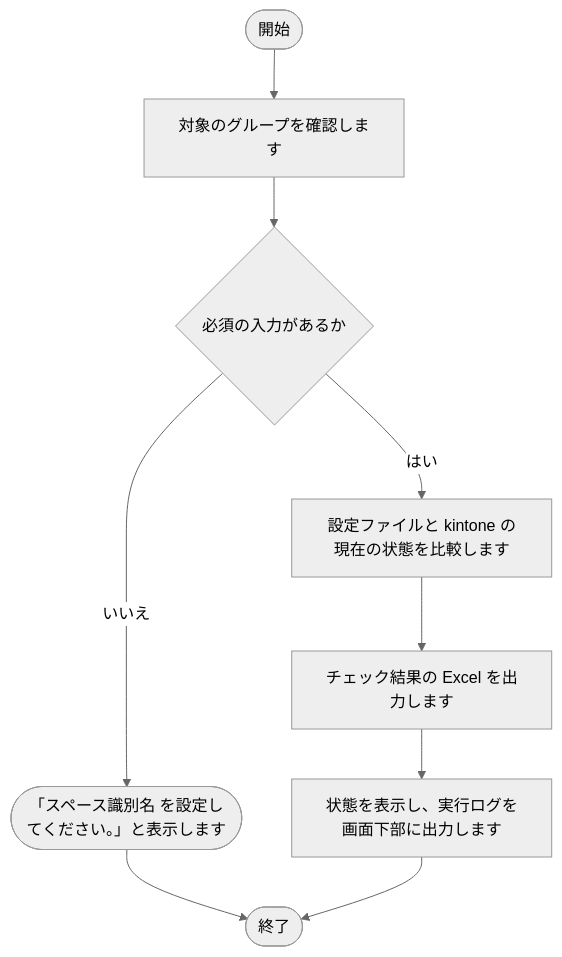
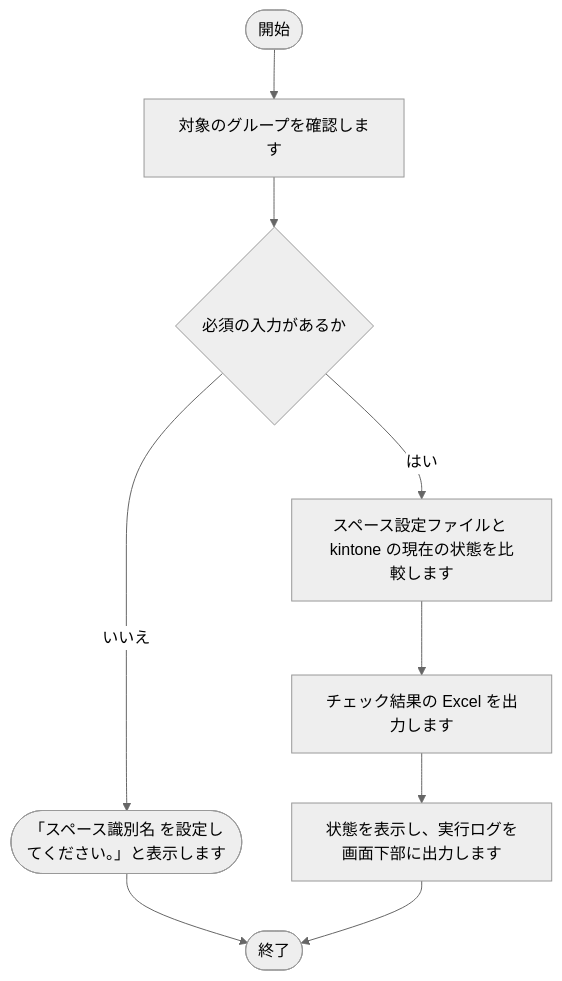
One commit to nishida2073/project_management changed the seventh of 16 diagrams in tool/kintone-resourse-generator/doc/02_設計/処理フロー.md. Above: the diagram before and after it, drawn with Mermaid (neutral theme). The commit also changed other lines of this file and 7 other files, not shown here.

````diff
--- a/tool/kintone-resourse-generator/doc/02_設計/処理フロー.md
+++ b/tool/kintone-resourse-generator/doc/02_設計/処理フロー.md
@@ -233,19 +233,19 @@
 ```mermaid
 flowchart TD
     S(["開始"])
     E(["終了"])
     N1["対象のグループを確認します"]
     S --> N1
     N2{"必須の入力があるか"}
     X2(["「スペース識別名 を設定してください。」と表示します"])
     X2 --> E
     N2 -- いいえ --> X2
     N1 --> N2
-    N3["設定ファイルと kintone の現在の状態を比較します"]
+    N3["スペース設定ファイルと kintone の現在の状態を比較します"]
     N2 -- はい --> N3
     N4["チェック結果の Excel を出力します"]
     N3 --> N4
     N5["状態を表示し、実行ログを画面下部に出力します"]
     N4 --> N5
     N5 --> E
 ```
````
